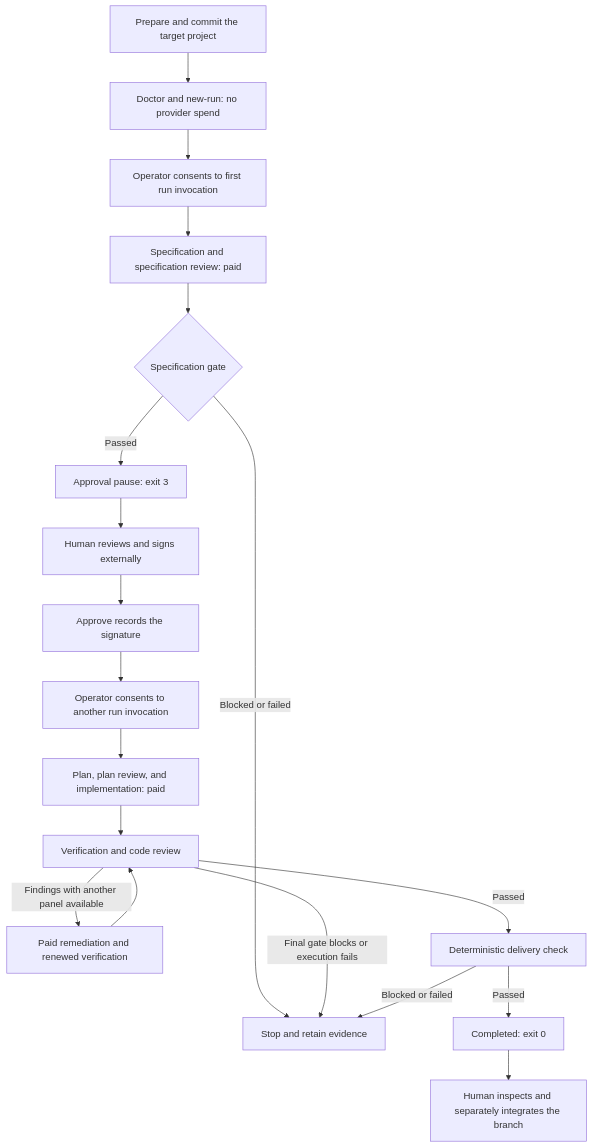
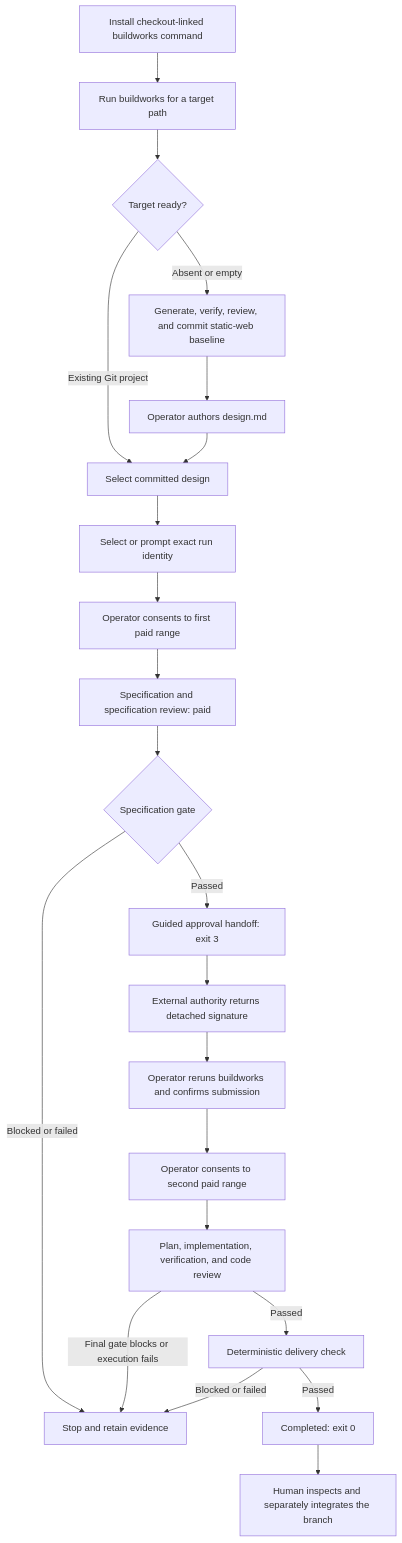
Before and after one commit to ShawnTamez8/governed-delivery: the diagram in docs/runbooks/cli-operator.md, drawn with Mermaid. The commit also changed other lines of this file and 47 other files, not shown here.

````diff
--- a/docs/runbooks/cli-operator.md
+++ b/docs/runbooks/cli-operator.md
@@ -21,21 +22,24 @@
 ```mermaid
 flowchart TD
-    A[Prepare and commit the target project] --> B[Doctor and new-run: no provider spend]
-    B --> C[Operator consents to first run invocation]
-    C --> D[Specification and specification review: paid]
-    D --> E{Specification gate}
-    E -->|Blocked or failed| X[Stop and retain evidence]
-    E -->|Passed| F[Approval pause: exit 3]
-    F --> G[Human reviews and signs externally]
-    G --> H[Approve records the signature]
-    H --> I[Operator consents to another run invocation]
-    I --> J[Plan, plan review, and implementation: paid]
-    J --> K[Verification and code review]
-    K -->|Findings with another panel available| L[Paid remediation and renewed verification]
-    L --> K
-    K -->|Final gate blocks or execution fails| X
-    K -->|Passed| M[Deterministic delivery check]
-    M -->|Passed| N[Completed: exit 0]
-    M -->|Blocked or failed| X
-    N --> O[Human inspects and separately integrates the branch]
+    A[Install checkout-linked buildworks command] --> B[Run buildworks for a target path]
+    B --> C{Target ready?}
+    C -->|Absent or empty| D[Generate, verify, review, and commit static-web baseline]
+    C -->|Existing Git project| E[Select committed design]
+    D --> F[Operator authors design.md]
+    F --> E
+    E --> G[Select or prompt exact run identity]
+    G --> H[Operator consents to first paid range]
+    H --> I[Specification and specification review: paid]
+    I --> J{Specification gate}
+    J -->|Blocked or failed| X[Stop and retain evidence]
+    J -->|Passed| K[Guided approval handoff: exit 3]
+    K --> L[External authority returns detached signature]
+    L --> M[Operator reruns buildworks and confirms submission]
+    M --> N[Operator consents to second paid range]
+    N --> O[Plan, implementation, verification, and code review]
+    O -->|Final gate blocks or execution fails| X
+    O -->|Passed| P[Deterministic delivery check]
+    P -->|Passed| Q[Completed: exit 0]
+    P -->|Blocked or failed| X
+    Q --> R[Human inspects and separately integrates the branch]
 ```
````
